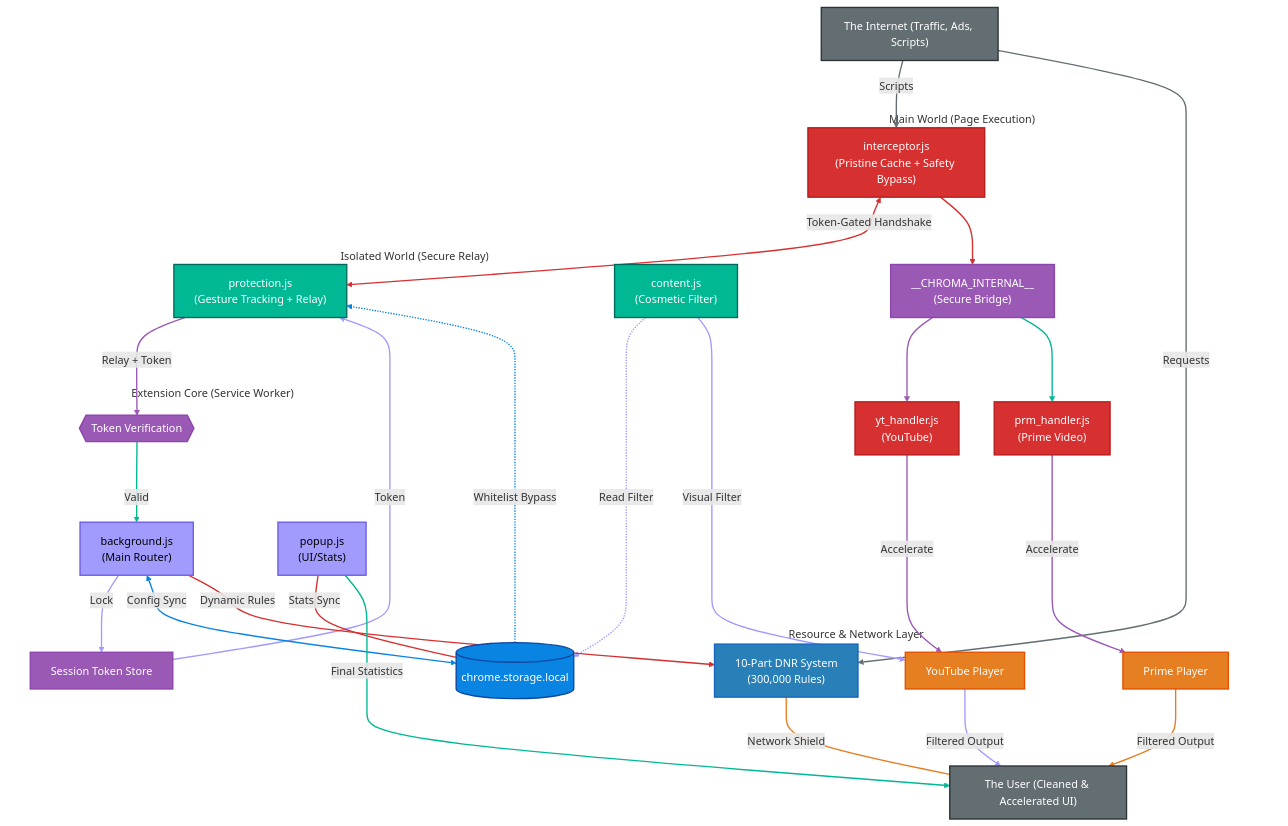
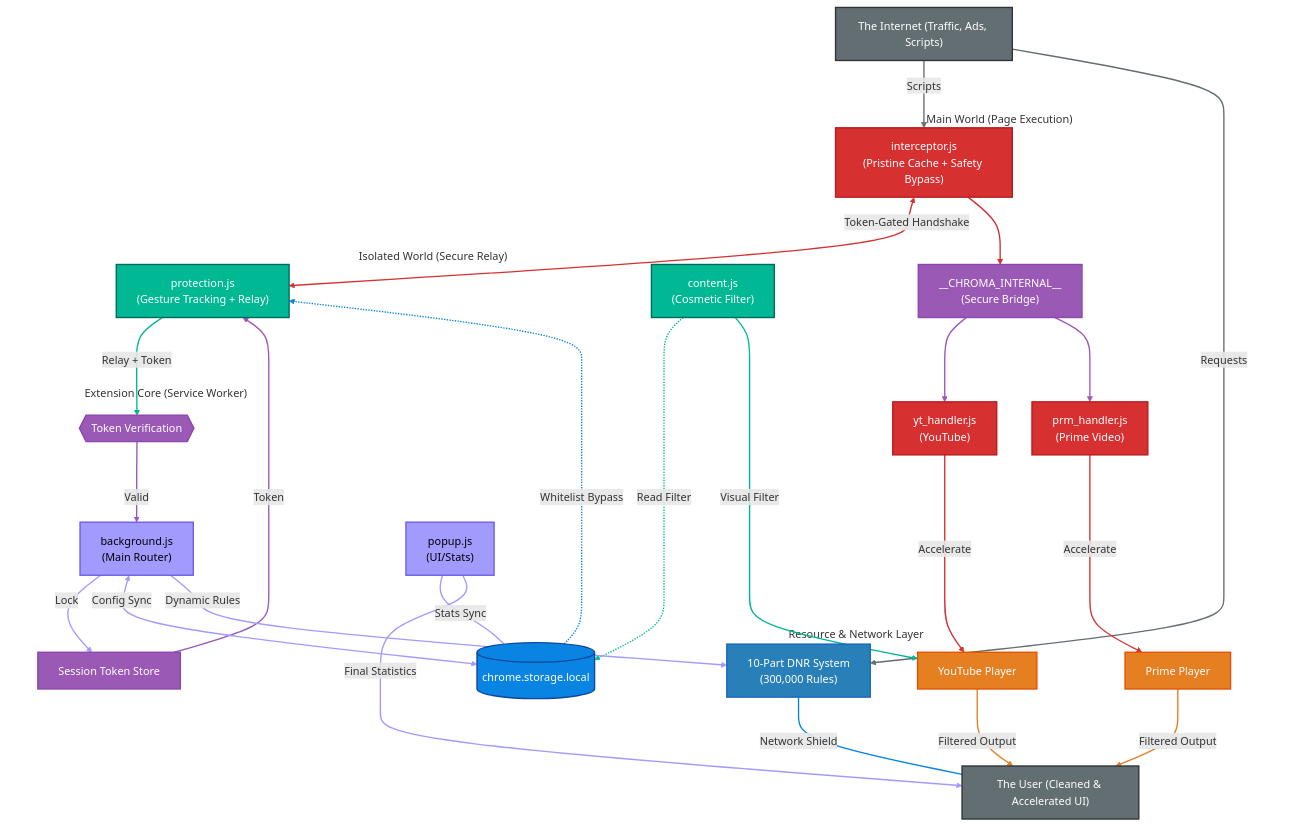
One commit to Dabrogost/Chroma-Ad-Blocker changed the diagram in README.md. Above: the diagram before and after it, drawn with Mermaid. The commit also changed other lines of this file, not shown here.

Commit message:
docs: refactor architecture diagram layers and update pipeline logic in README

```diff
--- a/README.md
+++ b/README.md
@@ -29,10 +29,10 @@
     classDef secure fill:#9b59b6,color:#fff,stroke:#8e44ad,stroke-width:2px
     classDef actor fill:#636e72,color:#fff,stroke:#2d3436,stroke-width:2px
 
-    %% --- STACK 0: INPUT (CENTERED TOP) ---
+    %% --- LAYER 0: ENTRANCE ---
     INTERNET["The Internet (Traffic, Ads, Scripts)"]:::actor
 
-    %% --- STACK 1: PAGE CONTEXT (MAIN WORLD) ---
+    %% --- LAYER 1: MAIN WORLD ---
     subgraph MW["Main World (Page Execution)"]
         MW_INT["interceptor.js<br/>(Pristine Cache + Safety Bypass)"]:::main
         BRIDGE["__CHROMA_INTERNAL__<br/>(Secure Bridge)"]:::secure
@@ -40,21 +40,20 @@
         CS_PV["prm_handler.js<br/>(Prime Video)"]:::main
     end
 
-    %% --- STACK 2: EXTENSION RELAY (ISOLATED WORLD) ---
+    %% --- LAYER 2: ISOLATED WORLD ---
     subgraph IW["Isolated World (Secure Relay)"]
         CS_PROT["protection.js<br/>(Gesture Tracking + Relay)"]:::isolated
         CS_GEN["content.js<br/>(Cosmetic Filter)"]:::isolated
     end
 
-    %% --- STACK 3: EXTENSION CORE (SERVICE WORKER) ---
+    %% --- LAYER 3: SERVICE WORKER CORE ---
     subgraph SW["Extension Core (Service Worker)"]
         VERIFY{{"Token Verification"}}:::secure
         BS["background.js<br/>(Main Router)"]:::sw
         AUTH["Session Token Store"]:::secure
-        POPUP["popup.js<br/>(UI/Stats)"]:::sw
     end
 
-    %% --- STACK 4: INFRASTRUCTURE ---
+    %% --- LAYER 4: INFRASTRUCTURE ---
     subgraph System["Resource & Network Layer"]
         STORAGE[("chrome.storage.local")]:::storage
         DNR["10-Part DNR System<br/>(300,000 Rules)"]:::dnr
@@ -62,64 +61,67 @@
         PV_DOM["Prime Player"]:::dom
     end
 
-    %% --- STACK 5: OUTPUT (CENTERED BOTTOM) ---
+    %% --- LAYER 5: UI & OUTPUT ---
+    POPUP["popup.js<br/>(UI/Stats)"]:::sw
     USER["The User (Cleaned & Accelerated UI)"]:::actor
 
-    %% --- PIPELINE CONNECTIONS (ORDERED FOR TRACING) ---
+    %% --- PIPELINE DEFINITION (0-21) ---
     
-    %% INTERNET ORIGIN (Grey: 0, 1)
+    %% INTERNET (Grey: 0, 1)
     INTERNET -- "Scripts" --> MW_INT
     INTERNET -- "Requests" --> DNR
 
-    %% MAIN WORLD ORIGIN (Red: 2, 3, 15, 16)
+    %% MAIN WORLD (Red: 2, 3, 4, 5)
     MW_INT <==>|"Token-Gated Handshake"| CS_PROT
     MW_INT --> BRIDGE
     CS_YT ==>|"Accelerate"| YT_DOM
     CS_PV ==>|"Accelerate"| PV_DOM
 
-    %% SECURE ORIGIN (Purple: 4, 5, 6, 8)
+    %% SECURE (Purple: 6, 7, 8, 9)
     BRIDGE --> CS_YT
     BRIDGE --> CS_PV
-    CS_PROT -- "Relay + Token" --> VERIFY
+    VERIFY -- "Valid" --> BS
     AUTH -- "Token" --> CS_PROT
 
-    %% ISOLATED WORLD ORIGIN (Green: 7, 10, 17)
-    VERIFY -- "Valid" --> BS
+    %% ISOLATED WORLD (Green: 10, 11, 12)
+    CS_PROT -- "Relay + Token" --> VERIFY
     CS_GEN -.->|"Read Filter"| STORAGE
     CS_GEN ==>|"Visual Filter"| YT_DOM
 
-    %% CORE ORIGIN (Lavender: 9, 11, 12, 13, 20)
+    %% SERVICE WORKER CORE (Lavender: 13, 14, 15)
     BS -- "Lock" --> AUTH
     BS <-->|"Config Sync"| STORAGE
     BS -- "Dynamic Rules" --> DNR
+
+    %% STORAGE (Blue: 16)
+    STORAGE -.->|"Whitelist Bypass"| CS_PROT
+    
+    %% DNR (Blue: 17)
+    DNR ---|"Network Shield"| USER
+
+    %% PLAYERS (Orange: 18, 19)
+    YT_DOM -- "Filtered Output" --> USER
+    PV_DOM -- "Filtered Output" --> USER
+
+    %% POPUP (Lavender: 20, 21)
     POPUP ---|"Stats Sync"| STORAGE
     POPUP -- "Final Statistics" --> USER
 
-    %% STORAGE ORIGIN (Blue: 14)
-    STORAGE -.->|"Whitelist Bypass"| CS_PROT
-    
-    %% DNR ORIGIN (Blue: 18)
-    DNR ---|"Network Shield"| USER
-
-    %% PLAYER ORIGIN (Orange: 19, 21)
-    YT_DOM -- "Filtered Output" --> USER
-    PV_DOM -- "Filtered Output" --> USER
-
     %% --- LOGIC TRACING (LINK STYLES) ---
-    %% Internet/User: Grey
+    %% Internet/User Origin: Grey
     linkStyle 0,1 stroke:#636e72,stroke-width:2px;
-    %% Main World: Red
-    linkStyle 2,3,15,16 stroke:#d63031,stroke-width:2px;
-    %% Isolated World: Green
-    linkStyle 7,10,17 stroke:#00b894,stroke-width:2px;
-    %% Secure Paths: Purple
-    linkStyle 4,5,6,8 stroke:#9b59b6,stroke-width:2px;
-    %% Core/SW Paths: Lavender
-    linkStyle 9,11,12,13,20 stroke:#a29bfe,stroke-width:2px;
-    %% System Infra: Blue
-    linkStyle 14,18 stroke:#0984e3,stroke-width:2px;
-    %% DOM Outputs: Orange
-    linkStyle 19,21 stroke:#e67e22,stroke-width:2px;
+    %% Main World Origin: Red
+    linkStyle 2,3,4,5 stroke:#d63031,stroke-width:2px;
+    %% Secure Layer Origin: Purple
+    linkStyle 6,7,8,9 stroke:#9b59b6,stroke-width:2px;
+    %% Isolated World Origin: Green
+    linkStyle 10,11,12 stroke:#00b894,stroke-width:2px;
+    %% SW Core Origin: Lavender
+    linkStyle 13,14,15,20,21 stroke:#a29bfe,stroke-width:2px;
+    %% System / Storage Origin: Blue
+    linkStyle 16,17 stroke:#0984e3,stroke-width:2px;
+    %% DOM Player Origin: Orange
+    linkStyle 18,19 stroke:#e67e22,stroke-width:2px;
 
     %% --- HIDE SUBGRAPH BOXES ---
     style MW fill:none,stroke:none
```
